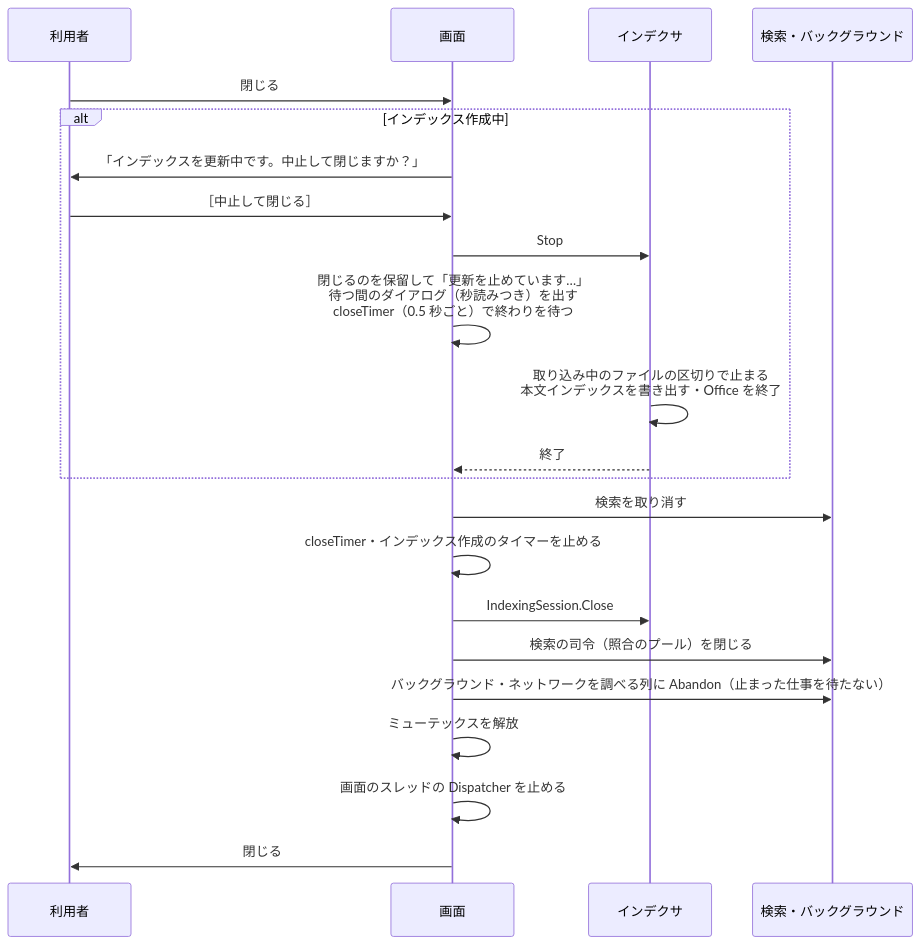
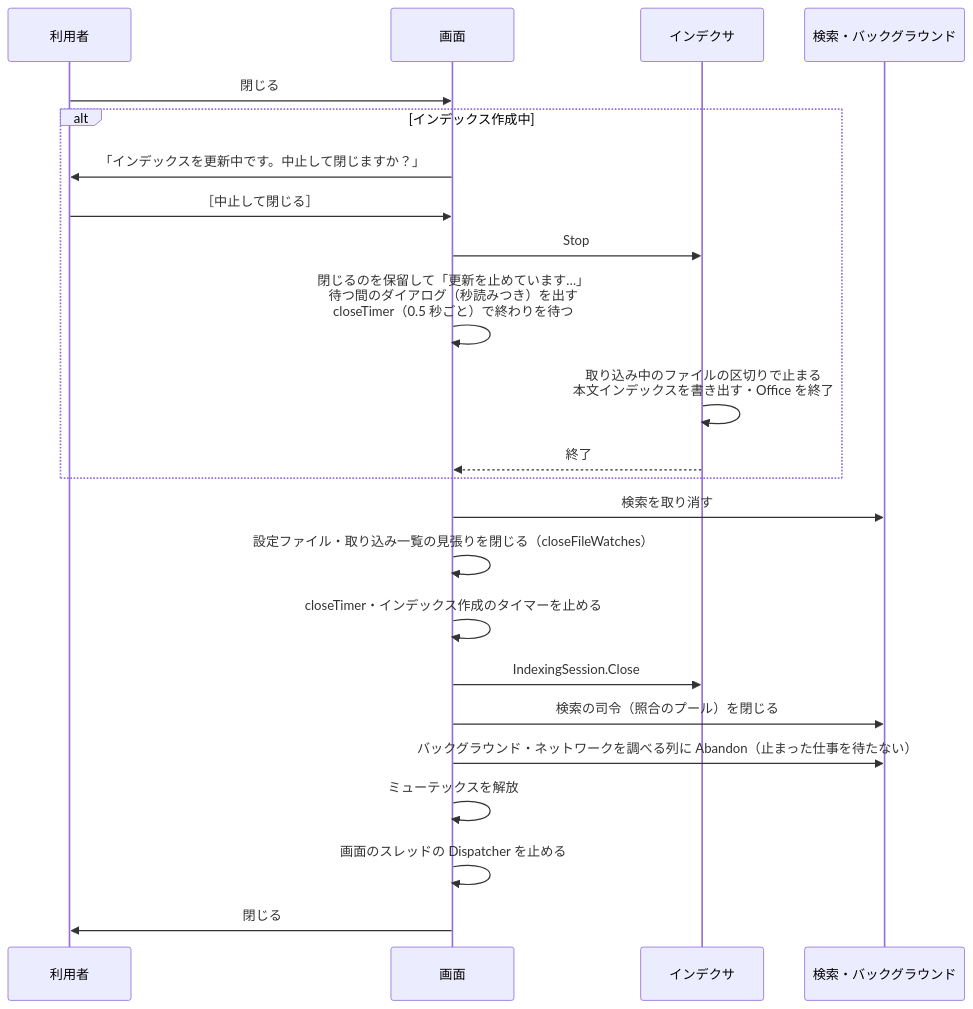
Before and after one commit to hsgwa/tebunko: the diagram in docs/design/structure/closing.md, drawn with Mermaid. The commit also changed other lines of this file and 18 other files, not shown here.

````diff
--- a/docs/design/structure/closing.md
+++ b/docs/design/structure/closing.md
@@ -7,24 +7,25 @@
 ```mermaid
 sequenceDiagram
     participant U as 利用者
     participant G as 画面
     participant I as インデクサ
     participant S as 検索・バックグラウンド
     U->>G: 閉じる
     alt インデックス作成中
         G->>U: 「インデックスを更新中です。中止して閉じますか？」
         U->>G: ［中止して閉じる］
         G->>I: Stop
         G->>G: 閉じるのを保留して「更新を止めています…」<br>待つ間のダイアログ（秒読みつき）を出す<br>closeTimer（0.5 秒ごと）で終わりを待つ
         I->>I: 取り込み中のファイルの区切りで止まる<br>本文インデックスを書き出す・Office を終了
         I-->>G: 終了
     end
     G->>S: 検索を取り消す
+    G->>G: 設定ファイル・取り込み一覧の見張りを閉じる（closeFileWatches）
     G->>G: closeTimer・インデックス作成のタイマーを止める
     G->>I: IndexingSession.Close
     G->>S: 検索の司令（照合のプール）を閉じる
     G->>S: バックグラウンド・ネットワークを調べる列に Abandon（止まった仕事を待たない）
     G->>G: ミューテックスを解放
     G->>G: 画面のスレッドの Dispatcher を止める
     G->>U: 閉じる
 ```
````
